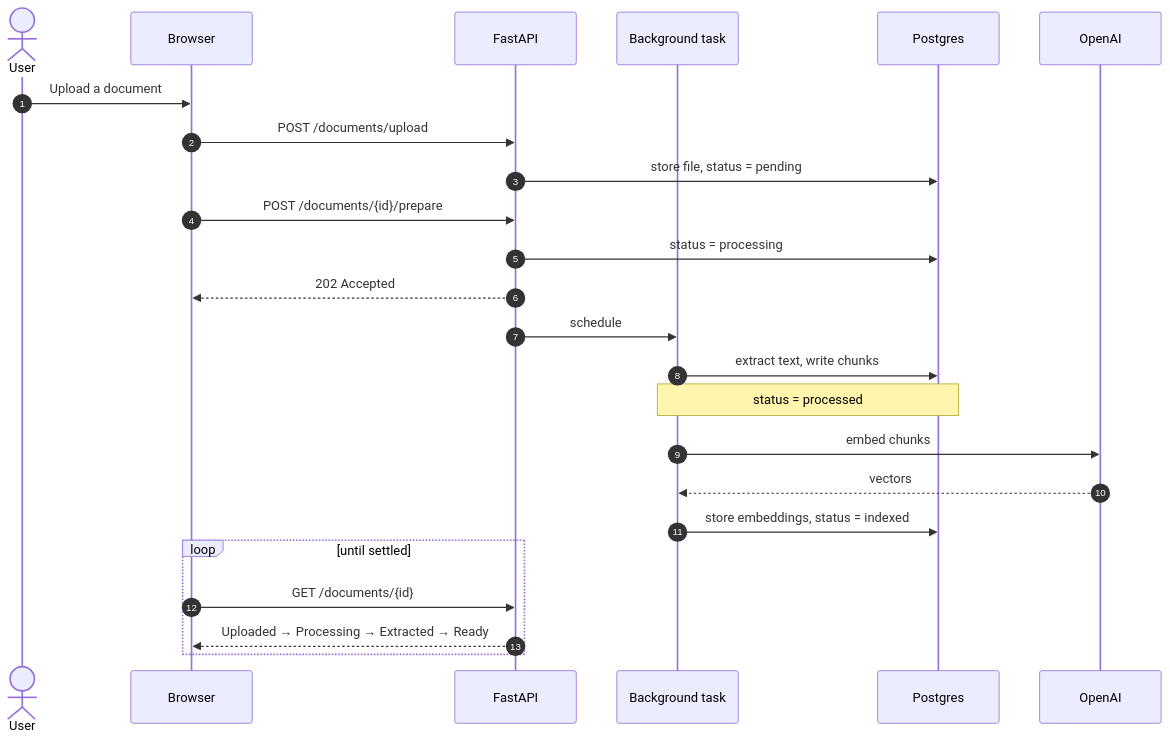
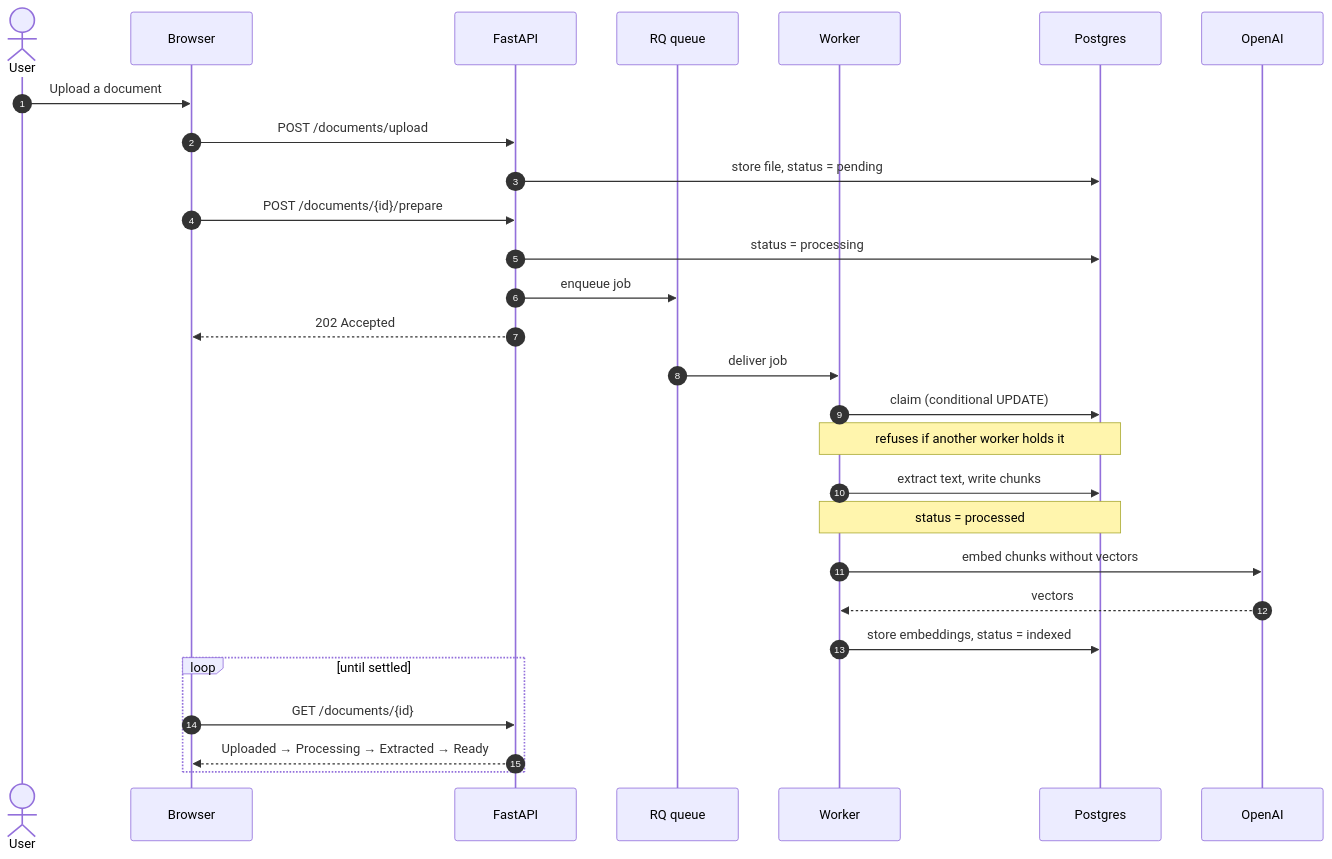
Before and after one commit to ZakwanZahid/ai-support-agent-rag: the second of 2 diagrams in README.md, drawn with Mermaid. The commit also changed other lines of this file and 26 other files, not shown here.

First line of the commit message:
feat(api): move preparation to a durable RQ queue

````diff
--- a/README.md
+++ b/README.md
@@ -80,29 +88,33 @@
 ```mermaid
 sequenceDiagram
     autonumber
     actor User
     participant UI as Browser
     participant API as FastAPI
-    participant Job as Background task
+    participant Q as RQ queue
+    participant W as Worker
     participant DB as Postgres
     participant AI as OpenAI
 
     User->>UI: Upload a document
     UI->>API: POST /documents/upload
     API->>DB: store file, status = pending
     UI->>API: POST /documents/{id}/prepare
     API->>DB: status = processing
+    API->>Q: enqueue job
     API-->>UI: 202 Accepted
-    API->>Job: schedule
 
-    Job->>DB: extract text, write chunks
-    Note over Job,DB: status = processed
-    Job->>AI: embed chunks
-    AI-->>Job: vectors
-    Job->>DB: store embeddings, status = indexed
+    Q->>W: deliver job
+    W->>DB: claim (conditional UPDATE)
+    Note over W,DB: refuses if another worker holds it
+    W->>DB: extract text, write chunks
+    Note over W,DB: status = processed
+    W->>AI: embed chunks without vectors
+    AI-->>W: vectors
+    W->>DB: store embeddings, status = indexed
 
     loop until settled
         UI->>API: GET /documents/{id}
         API-->>UI: Uploaded → Processing → Extracted → Ready
     end
 ```
````
